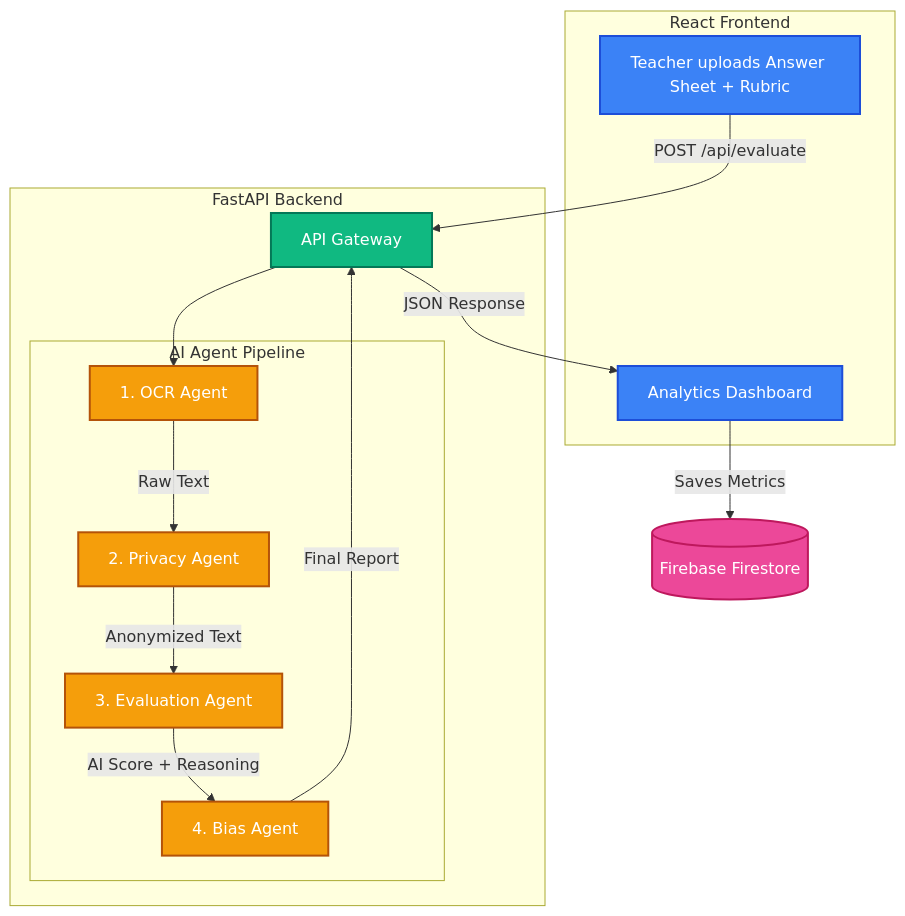
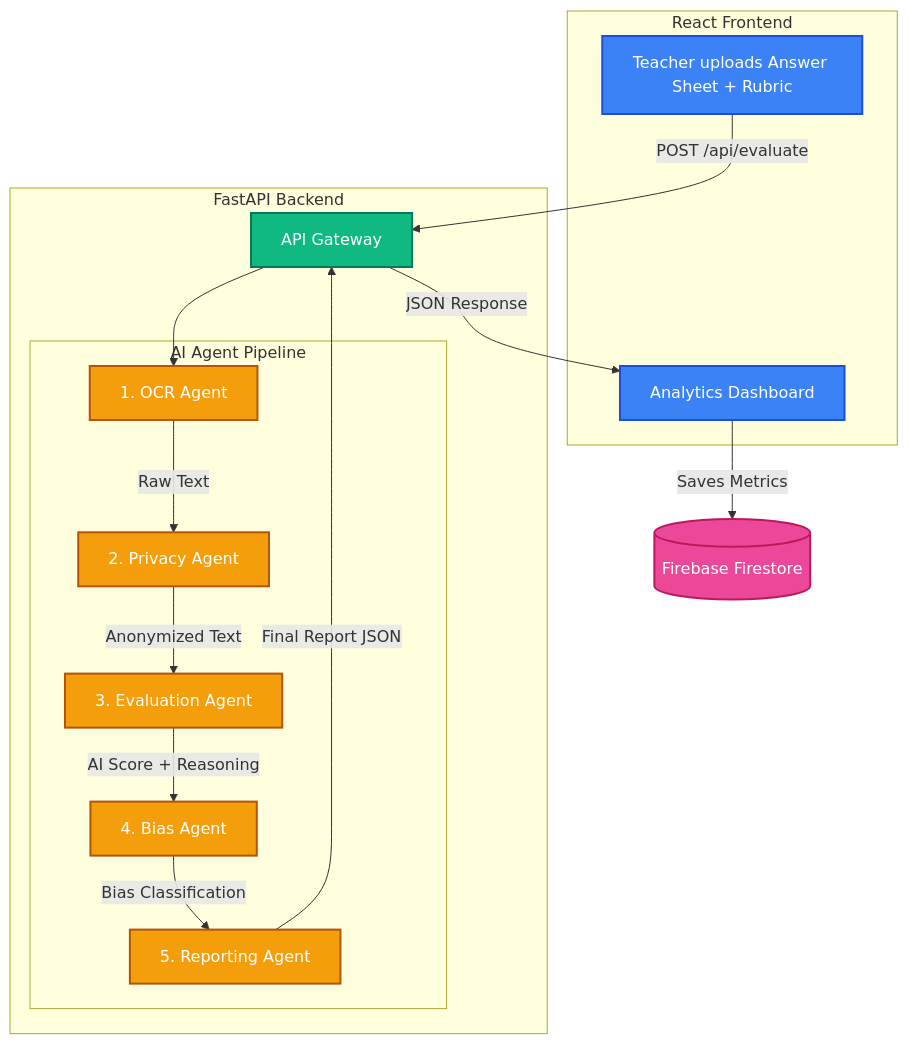
Before and after one commit to Yashasm18/Fair-Grade: the diagram in README.md, drawn with Mermaid. The commit also changed other lines of this file and 4 other files, not shown here.

````diff
--- a/README.md
+++ b/README.md
@@ -61,34 +79,36 @@
 ```mermaid
 graph TD
     classDef frontend fill:#3b82f6,stroke:#1d4ed8,stroke-width:2px,color:#fff;
     classDef backend fill:#10b981,stroke:#047857,stroke-width:2px,color:#fff;
     classDef agents fill:#f59e0b,stroke:#b45309,stroke-width:2px,color:#fff;
     classDef database fill:#ec4899,stroke:#be185d,stroke-width:2px,color:#fff;
 
     subgraph "React Frontend"
         A["Teacher uploads Answer Sheet + Rubric"]:::frontend
         B["Analytics Dashboard"]:::frontend
     end
 
     subgraph "FastAPI Backend"
         C["API Gateway"]:::backend
 
         subgraph "AI Agent Pipeline"
             D["1. OCR Agent"]:::agents
             E["2. Privacy Agent"]:::agents
             F["3. Evaluation Agent"]:::agents
             G["4. Bias Agent"]:::agents
+            H["5. Reporting Agent"]:::agents
         end
     end
 
-    H[("Firebase Firestore")]:::database
+    I[("Firebase Firestore")]:::database
 
     A -- "POST /api/evaluate" --> C
     C --> D
     D -- "Raw Text" --> E
     E -- "Anonymized Text" --> F
     F -- "AI Score + Reasoning" --> G
-    G -- "Final Report" --> C
+    G -- "Bias Classification" --> H
+    H -- "Final Report JSON" --> C
     C -- "JSON Response" --> B
-    B -- "Saves Metrics" --> H
+    B -- "Saves Metrics" --> I
 ```
````
